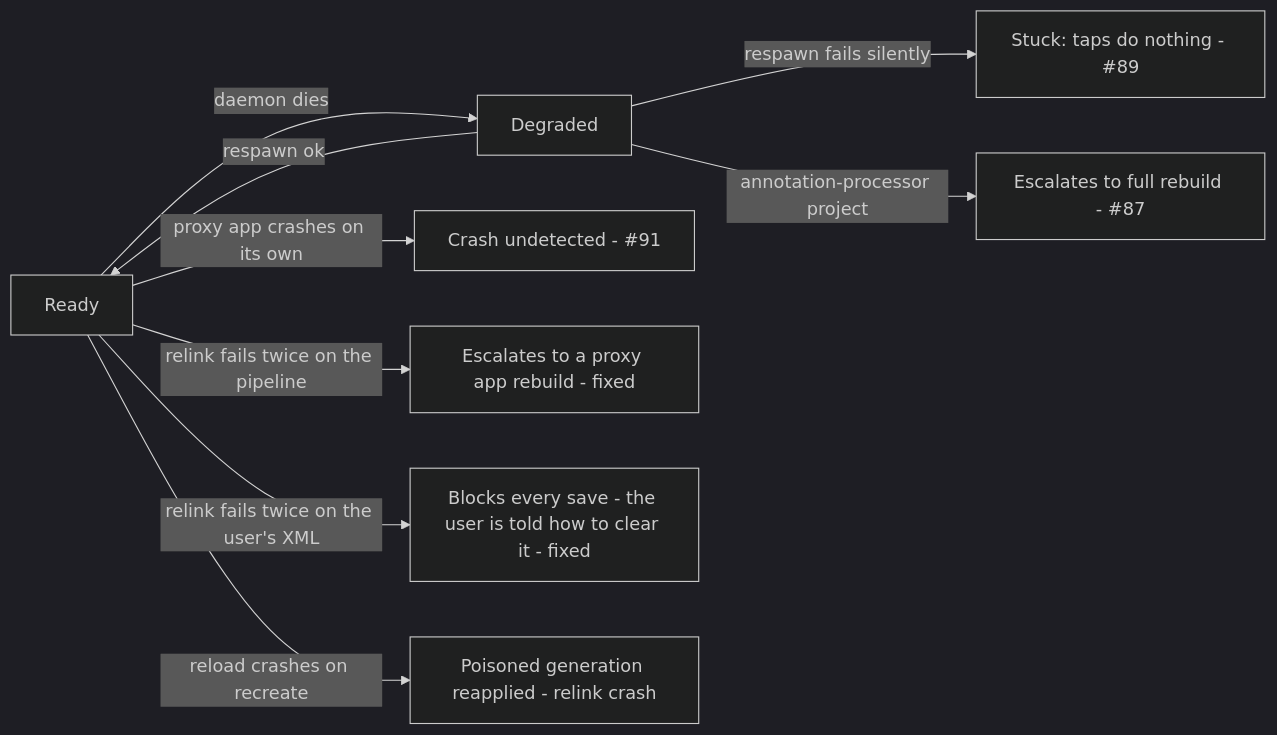
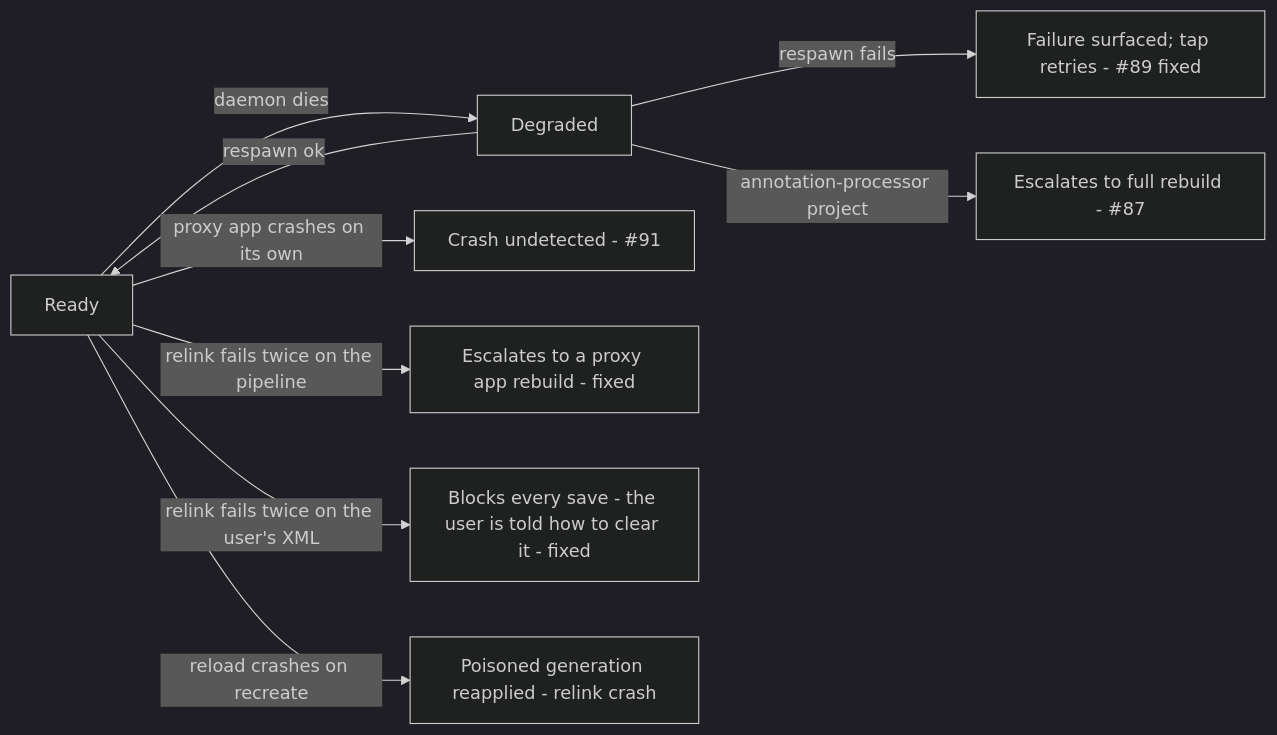
The diagram in quickbuild/docs/reliability-gaps.md (appdevforall/CodeOnTheGo), drawn with Mermaid (dark theme) before and after one commit. The commit also changed other lines of this file and 158 other files, not shown here.

````diff
--- a/quickbuild/docs/reliability-gaps.md
+++ b/quickbuild/docs/reliability-gaps.md
@@ -25,11 +33,11 @@
 ```mermaid
 flowchart LR
     A[Ready] -->|daemon dies| E[Degraded]
     E -->|respawn ok| A
-    E -->|respawn fails silently| F["Stuck: taps do nothing - #89"]
+    E -->|respawn fails| F["Failure surfaced; tap retries - #89 fixed"]
     E -->|annotation-processor project| H["Escalates to full rebuild - #87"]
     A -->|proxy app crashes on its own| G["Crash undetected - #91"]
     A -->|relink fails twice on the pipeline| V["Escalates to a proxy app rebuild - fixed"]
     A -->|relink fails twice on the user's XML| W["Blocks every save - the user is told how to clear it - fixed"]
     A -->|reload crashes on recreate| P["Poisoned generation reapplied - relink crash"]
 ```
````
